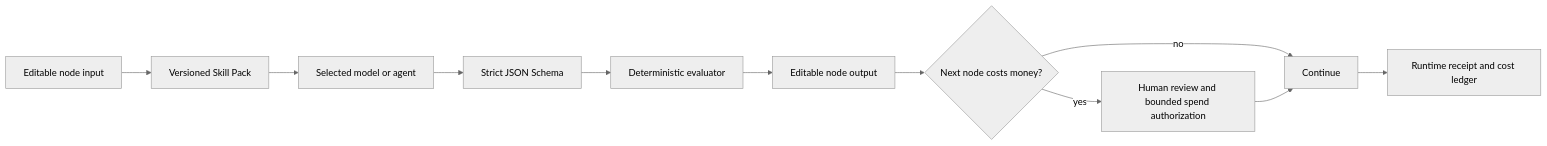
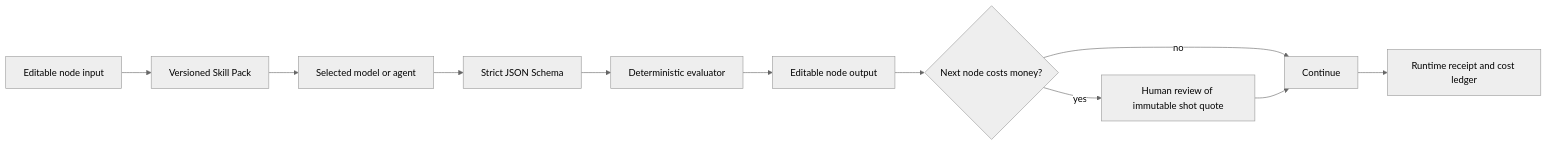
The diagram in docs/adr/004-agent-production-skill-packs.md (yaoziyaoguai/video-factory), drawn with Mermaid (neutral theme) before and after one commit. The commit also changed other lines of this file and 65 other files, not shown here.

````diff
--- a/docs/adr/004-agent-production-skill-packs.md
+++ b/docs/adr/004-agent-production-skill-packs.md
@@ -29,13 +29,13 @@
 ```mermaid
 flowchart LR
   I[Editable node input] --> P[Versioned Skill Pack]
   P --> M[Selected model or agent]
   M --> S[Strict JSON Schema]
   S --> D[Deterministic evaluator]
   D --> O[Editable node output]
   O --> G{Next node costs money?}
-  G -- yes --> H[Human review and bounded spend authorization]
+  G -- yes --> H[Human review of immutable shot quote]
   G -- no --> N[Continue]
   H --> N
   N --> R[Runtime receipt and cost ledger]
 ```
````
